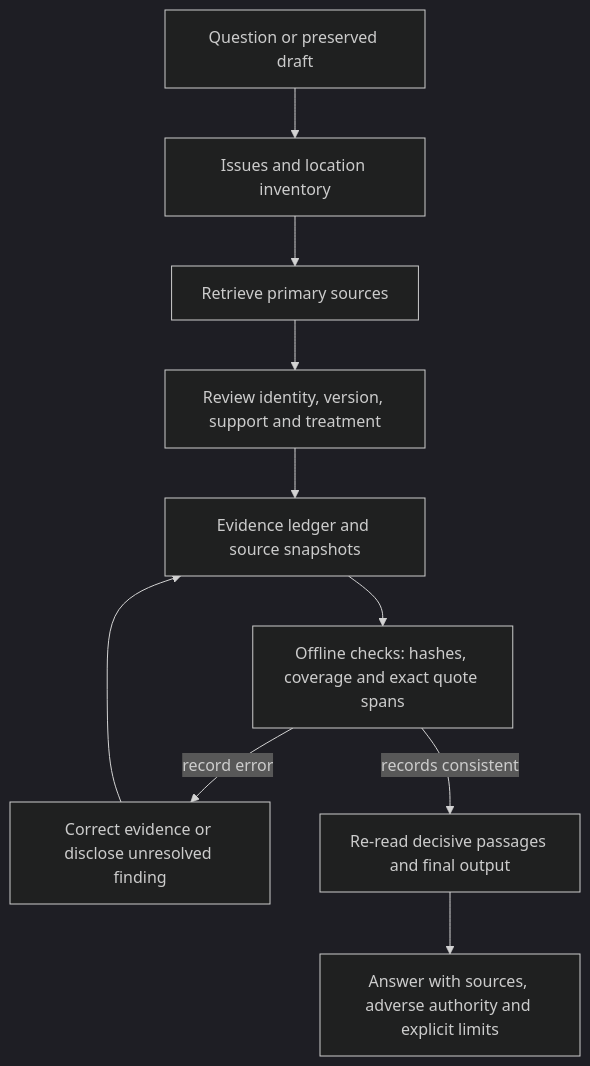
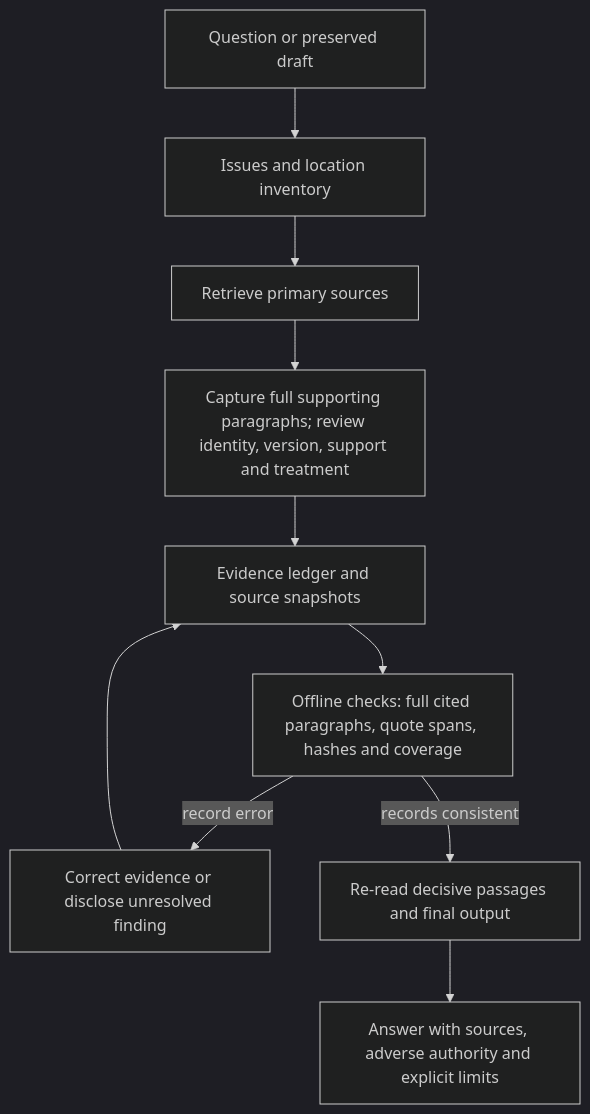
One commit to kevanwee/sg-legalresearch changed the fourth of 5 diagrams in README.md. Above: the diagram before and after it, drawn with Mermaid (dark theme). The commit also changed other lines of this file and 9 other files, not shown here.

Commit message:
Bind case citations and cite-check findings to full source paragraphs

````diff
--- a/README.md
+++ b/README.md
@@ -168,12 +168,12 @@
 ```mermaid
 flowchart TD
     IN["Question or preserved draft"] --> MAP["Issues and location inventory"]
     MAP --> FIND["Retrieve primary sources"]
-    FIND --> READ["Review identity, version, support and treatment"]
+    FIND --> READ["Capture full supporting paragraphs; review identity, version, support and treatment"]
     READ --> LEDGER["Evidence ledger and source snapshots"]
-    LEDGER --> CHECK["Offline checks: hashes, coverage and exact quote spans"]
+    LEDGER --> CHECK["Offline checks: full cited paragraphs, quote spans, hashes and coverage"]
     CHECK -->|"record error"| FIX["Correct evidence or disclose unresolved finding"]
     FIX --> LEDGER
     CHECK -->|"records consistent"| REVIEW["Re-read decisive passages and final output"]
     REVIEW --> OUT["Answer with sources, adverse authority and explicit limits"]
 ```
````
